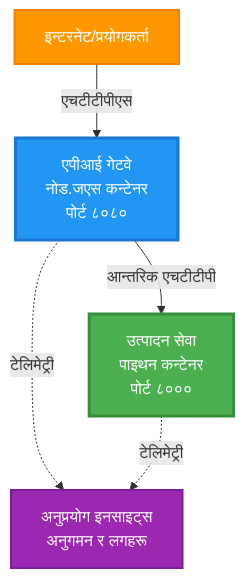
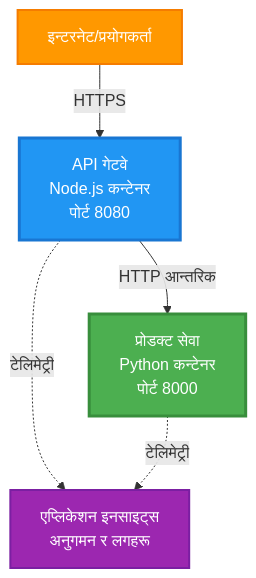
One commit to microsoft/AZD-for-beginners changed the first of 4 diagrams in translations/ne/examples/microservices/README.md. Above: the diagram before and after it, drawn with Mermaid. The commit also changed other lines of this file and 242 other files, not shown here.

````diff
--- a/translations/ne/examples/microservices/README.md
+++ b/translations/ne/examples/microservices/README.md
@@ -40,17 +31,17 @@
 ```mermaid
 graph TB
     Internet[इन्टरनेट/प्रयोगकर्ता]
-    Gateway[एपीआई गेटवे<br/>नोड.जएस कन्टेनर<br/>पोर्ट ८०८०]
-    Product[उत्पादन सेवा<br/>पाइथन कन्टेनर<br/>पोर्ट ८०००]
-    AppInsights[अनुप्रयोग इनसाइट्स<br/>अनुगमन र लगहरू]
+    Gateway[API गेटवे<br/>Node.js कन्टेनर<br/>पोर्ट 8080]
+    Product[प्रोडक्ट सेवा<br/>Python कन्टेनर<br/>पोर्ट 8000]
+    AppInsights[एप्लिकेशन इनसाइट्स<br/>अनुगमन र लगहरू]
     
-    Internet -->|एचटीटीपीएस| Gateway
-    Gateway -->|आन्तरिक एचटीटीपी| Product
+    Internet -->|HTTPS| Gateway
+    Gateway -->|HTTP आन्तरिक| Product
     Gateway -.->|टेलिमेट्री| AppInsights
     Product -.->|टेलिमेट्री| AppInsights
     
     style Gateway fill:#2196F3,stroke:#1976D2,stroke-width:3px,color:#fff
     style Product fill:#4CAF50,stroke:#388E3C,stroke-width:3px,color:#fff
     style Internet fill:#FF9800,stroke:#F57C00,stroke-width:2px,color:#fff
     style AppInsights fill:#9C27B0,stroke:#7B1FA2,stroke-width:2px,color:#fff
 ```
````
